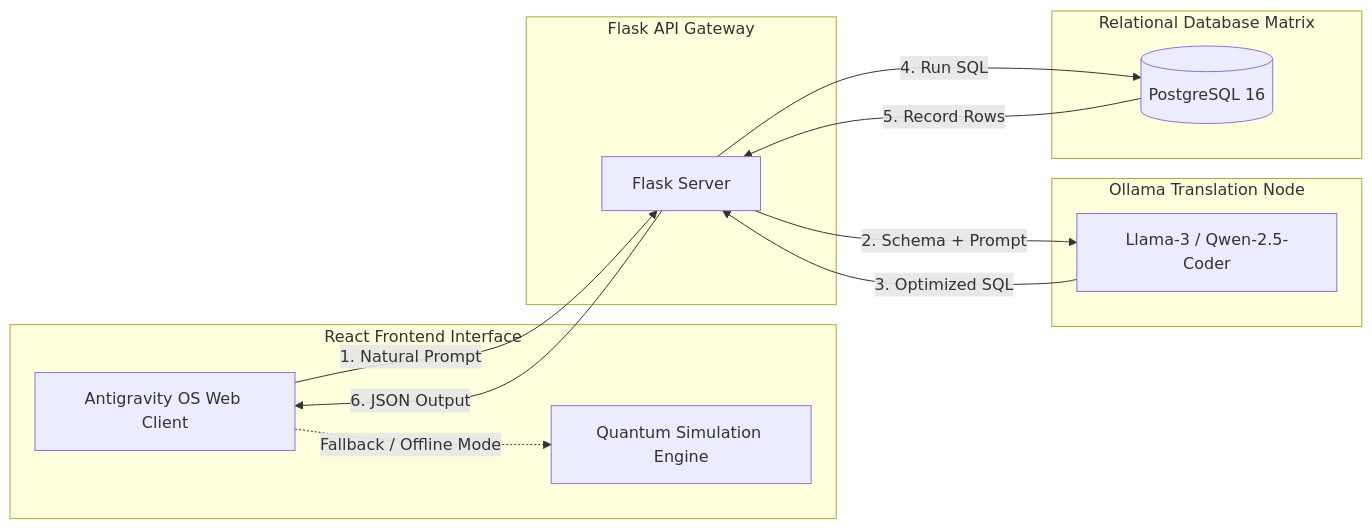
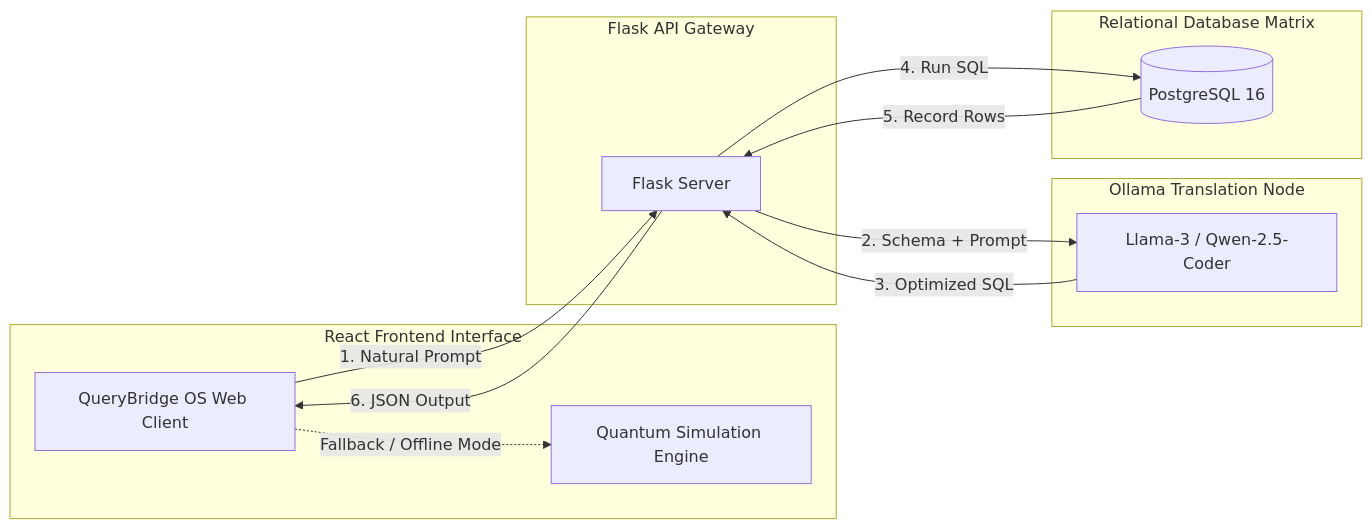
Before and after one commit to sombabaofficial/QueryBridge: the diagram in README.md, drawn with Mermaid. The commit also changed other lines of this file and 8 other files, not shown here.

````diff
--- a/README.md
+++ b/README.md
@@ -53,28 +53,28 @@
 ```mermaid
 graph LR
     subgraph Client [React Frontend Interface]
-        UI[Antigravity OS Web Client]
+        UI[QueryBridge OS Web Client]
         SIM[Quantum Simulation Engine]
     end
 
     subgraph Backend [Flask API Gateway]
         API[Flask Server]
     end
 
     subgraph AI [Ollama Translation Node]
         LLM[Llama-3 / Qwen-2.5-Coder]
     end
 
     subgraph Data [Relational Database Matrix]
         DB[(PostgreSQL 16)]
     end
 
     UI -->|1. Natural Prompt| API
     API -->|2. Schema + Prompt| LLM
     LLM -->|3. Optimized SQL| API
     API -->|4. Run SQL| DB
     DB -->|5. Record Rows| API
     API -->|6. JSON Output| UI
     
     UI -.->|Fallback / Offline Mode| SIM
 ```
````
